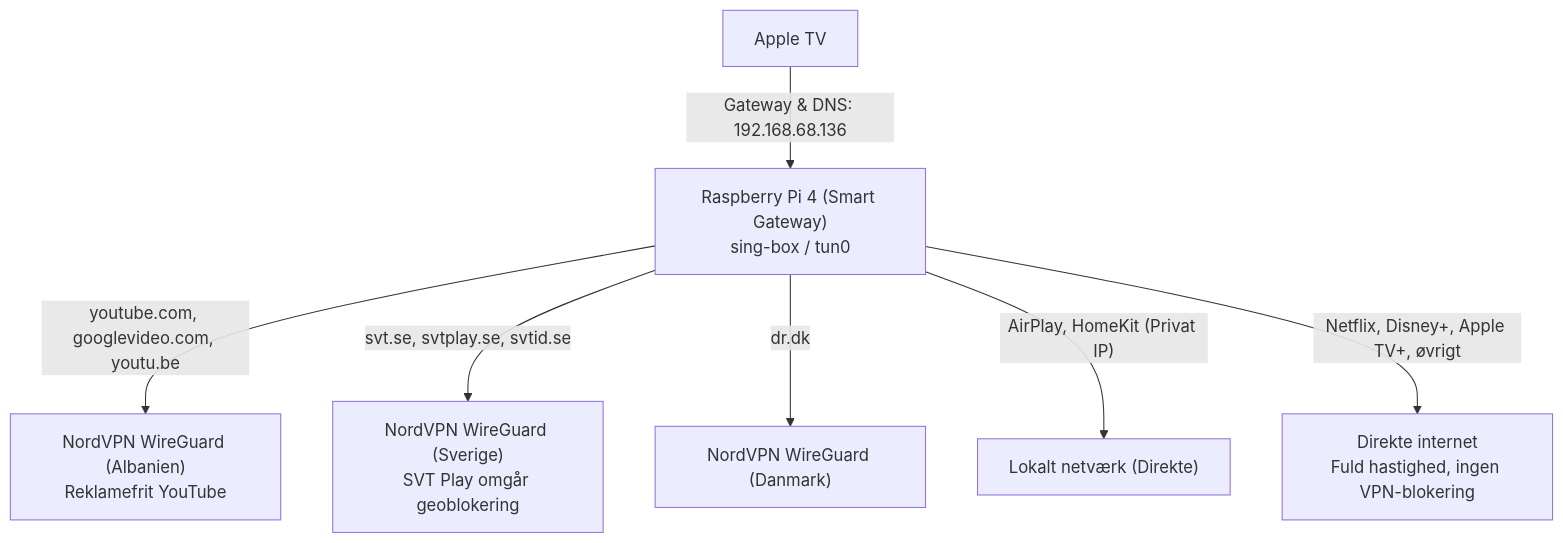
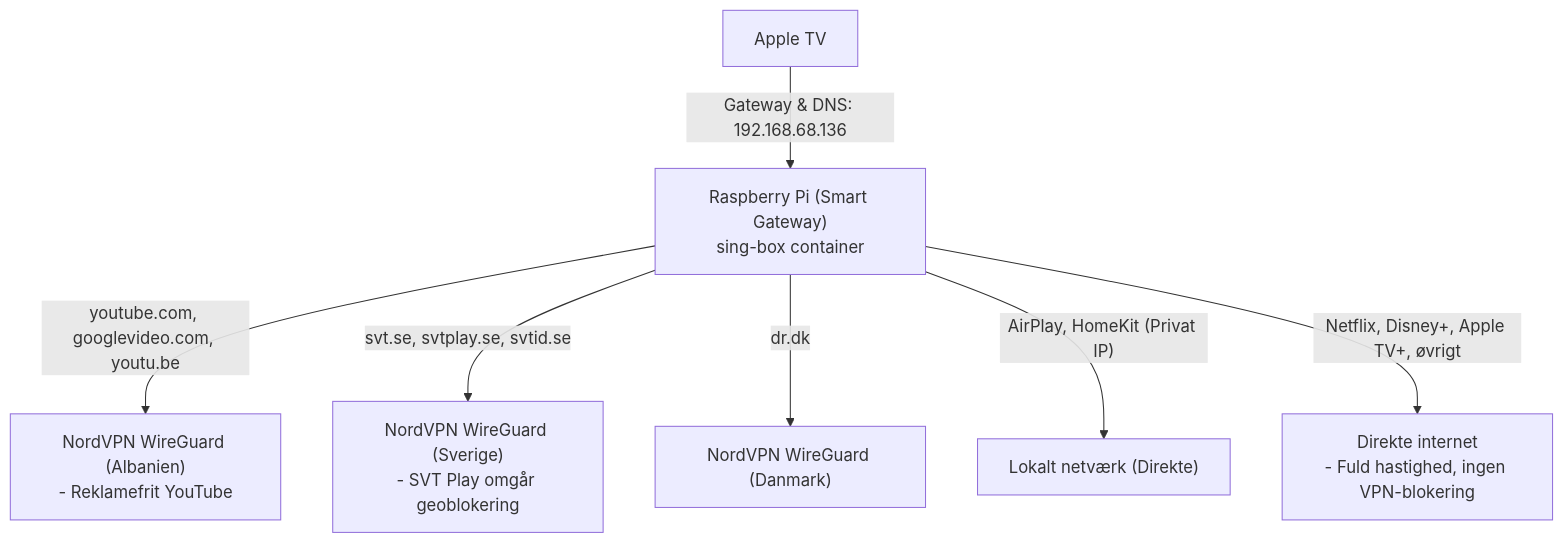
Before and after one commit to cccp200/smart-vpn-gateway: the diagram in README.md, drawn with Mermaid. The commit also changed other lines of this file and 6 other files, not shown here.

Commit message:
Forenklet projektstruktur: Enkelt docker-compose.yml for Smart Gateway

````diff
--- a/README.md
+++ b/README.md
@@ -13,10 +13,10 @@
 ```mermaid
 flowchart TD
-    AppleTV["Apple TV"] -->|Gateway & DNS: 192.168.68.136| RPi["Raspberry Pi 4 (Smart Gateway)<br/>sing-box / tun0"]
+    AppleTV["Apple TV"] -->|Gateway & DNS: 192.168.68.136| RPi["Raspberry Pi (Smart Gateway)<br/>sing-box container"]
     
-    RPi -->|"youtube.com, googlevideo.com, youtu.be"| Albanien["NordVPN WireGuard (Albanien)<br/>Reklamefrit YouTube"]
-    RPi -->|"svt.se, svtplay.se, svtid.se"| Sverige["NordVPN WireGuard (Sverige)<br/>SVT Play omgår geoblokering"]
+    RPi -->|"youtube.com, googlevideo.com, youtu.be"| Albanien["NordVPN WireGuard (Albanien)<br/>- Reklamefrit YouTube"]
+    RPi -->|"svt.se, svtplay.se, svtid.se"| Sverige["NordVPN WireGuard (Sverige)<br/>- SVT Play omgår geoblokering"]
     RPi -->|"dr.dk"| Danmark["NordVPN WireGuard (Danmark)"]
     RPi -->|"AirPlay, HomeKit (Privat IP)"| LAN["Lokalt netværk (Direkte)"]
-    RPi -->|"Netflix, Disney+, Apple TV+, øvrigt"| WAN["Direkte internet<br/>Fuld hastighed, ingen VPN-blokering"]
+    RPi -->|"Netflix, Disney+, Apple TV+, øvrigt"| WAN["Direkte internet<br/>- Fuld hastighed, ingen VPN-blokering"]
 ```
````
